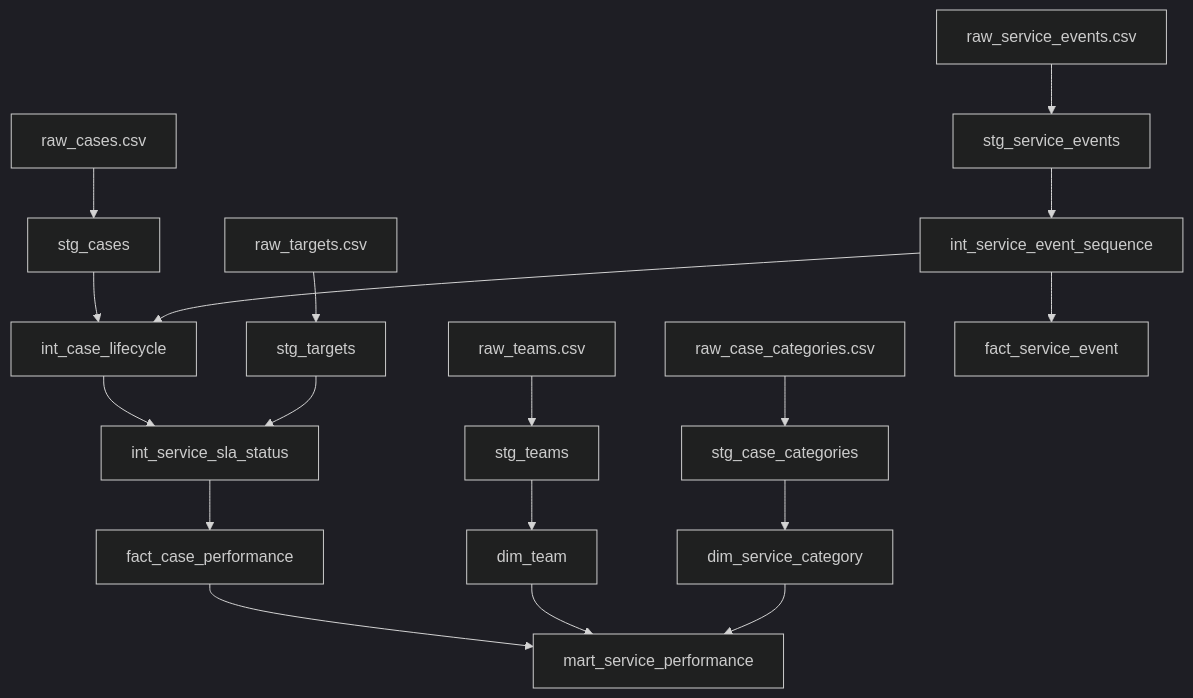
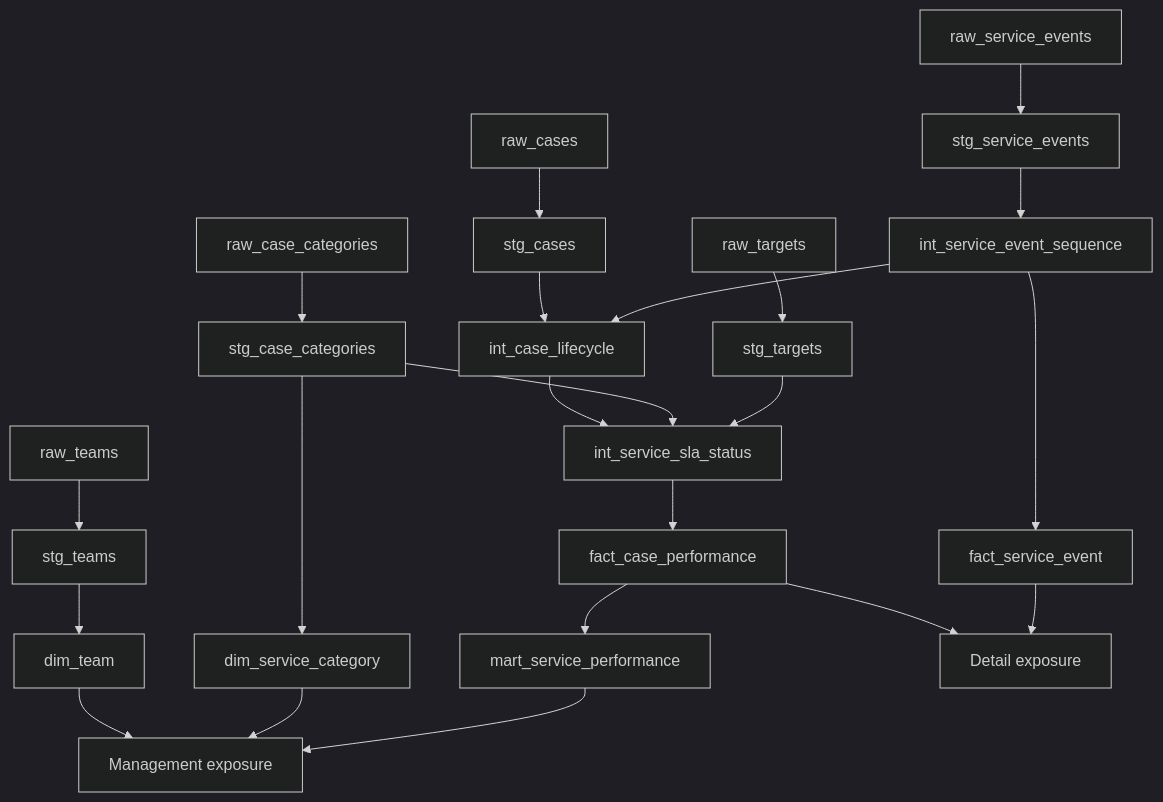
Before and after one commit to quantameridian/analytics-engineering-service-mart: the diagram in docs/data-lineage.md, drawn with Mermaid (dark theme). The commit also changed other lines of this file and 53 other files, not shown here.

Commit message:
Strengthen service mart engineering evidence

````diff
--- a/docs/data-lineage.md
+++ b/docs/data-lineage.md
@@ -19,23 +7,27 @@
 ```mermaid
 flowchart TD
-    A["raw_cases.csv"] --> B["stg_cases"]
-    C["raw_teams.csv"] --> D["stg_teams"]
-    E["raw_service_events.csv"] --> F["stg_service_events"]
-    G["raw_case_categories.csv"] --> H["stg_case_categories"]
-    I["raw_targets.csv"] --> J["stg_targets"]
+    A["raw_cases"] --> B["stg_cases"]
+    C["raw_service_events"] --> D["stg_service_events"]
+    E["raw_teams"] --> F["stg_teams"]
+    G["raw_case_categories"] --> H["stg_case_categories"]
+    I["raw_targets"] --> J["stg_targets"]
 
-    F --> R["int_service_event_sequence"]
-    B --> K["int_case_lifecycle"]
-    R --> K
-    K --> L["int_service_sla_status"]
-    J --> L
+    D --> K["int_service_event_sequence"]
+    B --> L["int_case_lifecycle"]
+    K --> L
+    L --> M["int_service_sla_status"]
+    H --> M
+    J --> M
 
-    L --> M["fact_case_performance"]
-    R --> N["fact_service_event"]
-    D --> O["dim_team"]
-    H --> P["dim_service_category"]
+    M --> N["fact_case_performance"]
+    K --> O["fact_service_event"]
+    F --> P["dim_team"]
+    H --> Q["dim_service_category"]
+    N --> R["mart_service_performance"]
 
-    M --> Q["mart_service_performance"]
-    O --> Q
-    P --> Q
+    P --> S["Management exposure"]
+    Q --> S
+    R --> S
+    N --> T["Detail exposure"]
+    O --> T
 ```
````
